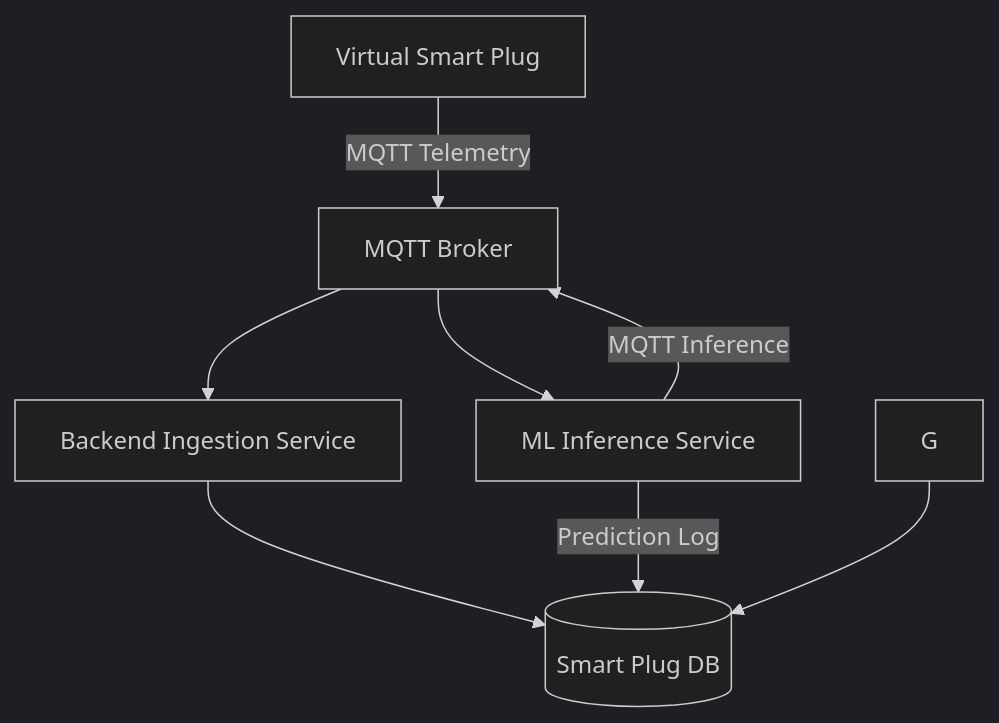
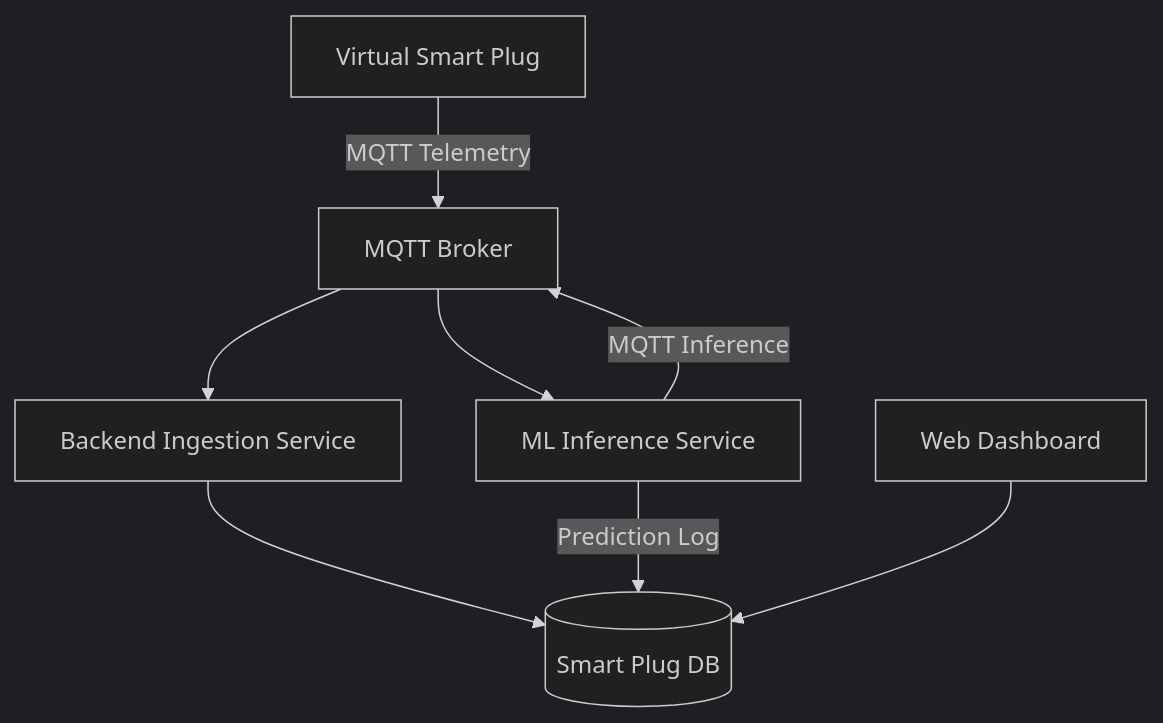
The diagram in README.md (AbhiZx18324/iot-smart-plug), drawn with Mermaid (dark theme) before and after one commit.

Commit message:
Revise README for clarity and completeness
Updated the README to enhance project details and structure.

````diff
--- a/README.md
+++ b/README.md
@@ -23,14 +23,14 @@
 ```mermaid
 graph TD
     A[Virtual Smart Plug] -->|MQTT Telemetry| B[MQTT Broker]
 
     B --> C[Backend Ingestion Service]
     B --> D[ML Inference Service]
 
     C --> E[(Smart Plug DB)]
 
     D -->|MQTT Inference| B
     D -->|Prediction Log| E
 
-    G --> E
+    G[Web Dashboard] --> E
 ```
````
